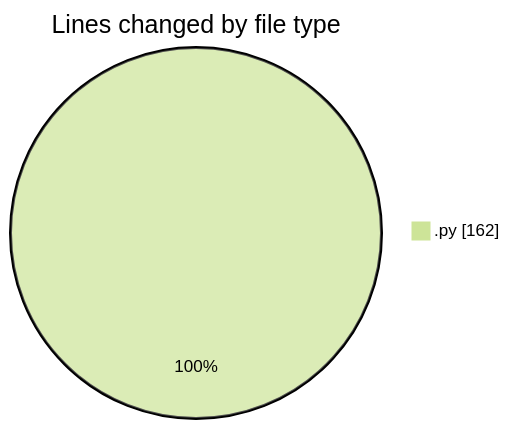
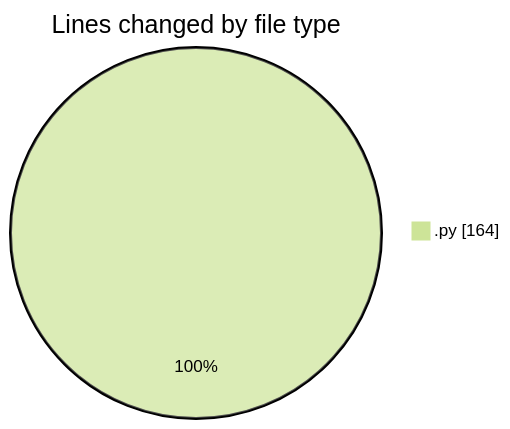
The first of 2 diagrams in 2025-10-25/untitled__workspace_/README.md (MatusMokan/code-tracking), drawn with Mermaid (forest theme) before and after one commit. The commit also changed other lines of this file and 1 other file, not shown here.

````diff
--- a/2025-10-25/untitled__workspace_/README.md
+++ b/2025-10-25/untitled__workspace_/README.md
@@ -20,5 +20,5 @@
 ```mermaid
 pie showData
 title Lines changed by file type
-".py" : 162
+".py" : 164
 ```
````
